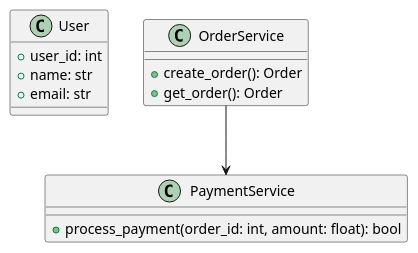
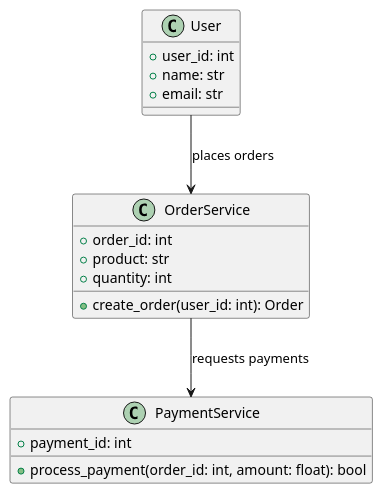
One commit to codecorner-lab/microservice-apis changed the third of 3 diagrams in Introduction_Microservice_APIs.md. Above: the diagram before and after it, drawn with PlantUML. The commit also changed other lines of this file and 3 other files, not shown here.

````diff
--- a/Introduction_Microservice_APIs.md
+++ b/Introduction_Microservice_APIs.md
@@ -102,20 +106,24 @@
 ```plantuml
 @startuml
 class User {
     + user_id: int
     + name: str
     + email: str
 }
 
 class OrderService {
-    + create_order(): Order
-    + get_order(): Order
+    + order_id: int
+    + product: str
+    + quantity: int
+    + create_order(user_id: int): Order
 }
 
 class PaymentService {
+    + payment_id: int
     + process_payment(order_id: int, amount: float): bool
 }
 
-OrderService --> PaymentService
+User --> OrderService : places orders
+OrderService --> PaymentService : requests payments
 @enduml
 ```
````
